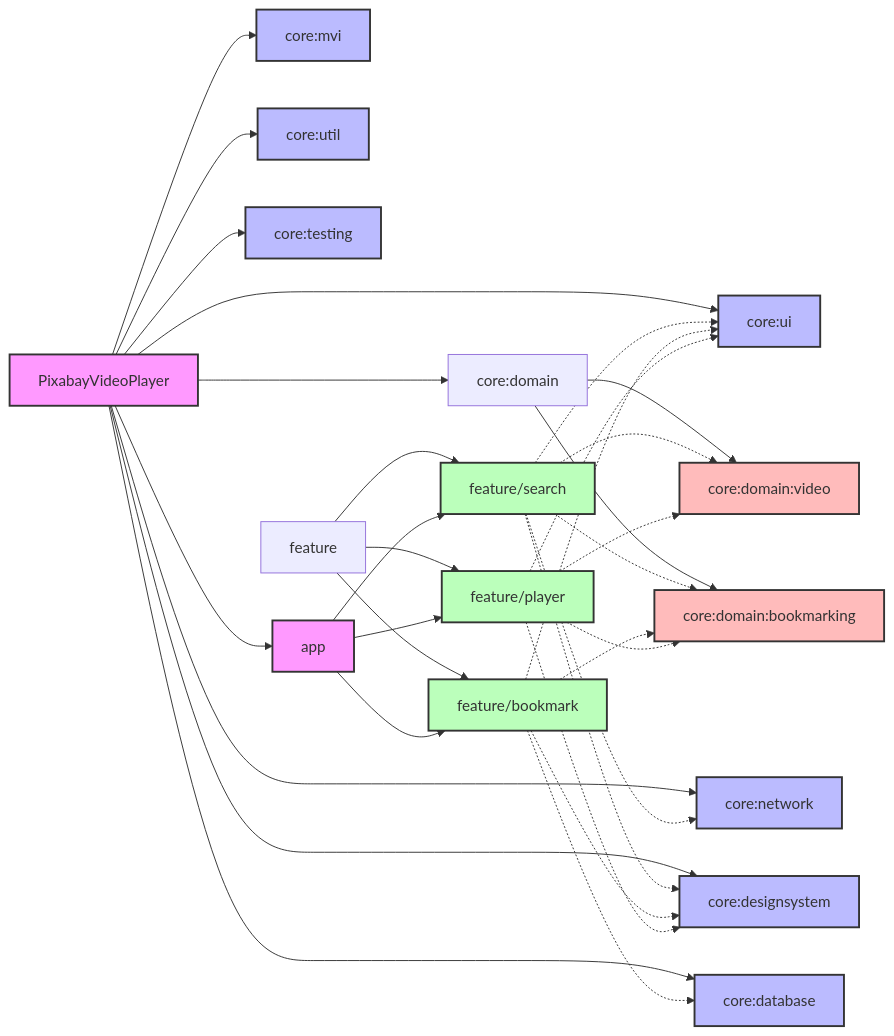
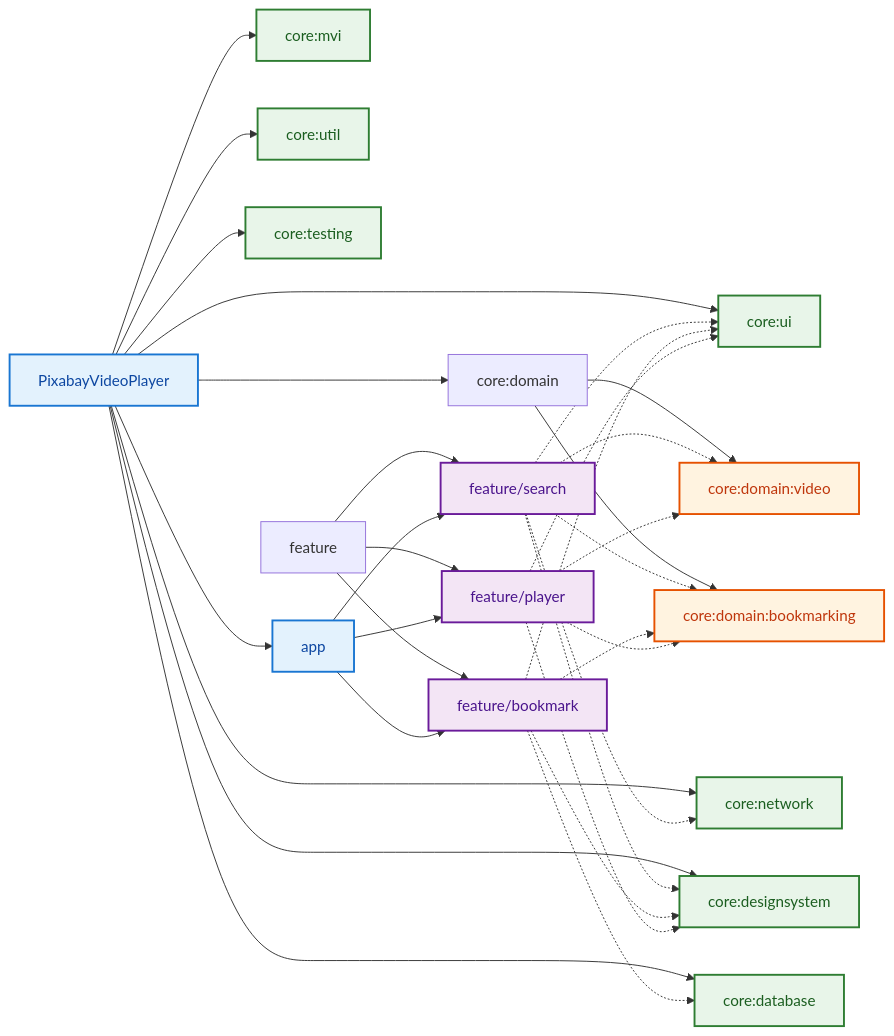
One commit to mohamadAliMotlagh/PixabayVideoPlayer changed the diagram in README.md. Above: the diagram before and after it, drawn with Mermaid.

Commit message:
update marmaid diagram

````diff
--- a/README.md
+++ b/README.md
@@ -40,81 +40,81 @@
 ```mermaid
 graph LR
     %% Main Project
     Root[PixabayVideoPlayer]
     
     %% Core Modules
     CoreUI[core:ui]
     CoreDomain[core:domain]
     CoreNetwork[core:network]
     CoreDB[core:database]
     CoreDesign[core:designsystem]
     CoreMVI[core:mvi]
     CoreUtil[core:util]
     CoreTest[core:testing]
     
     %% Core Domain Modules
     DomainBookmark[core:domain:bookmarking]
     DomainVideo[core:domain:video]
     
     %% Feature Directories
     Feature[feature]
     Search[feature/search]
     Bookmark[feature/bookmark]
     Player[feature/player]
     
     %% App Module
     App[app]
     
     %% Dependencies with spacing
     Root --> App
     Root --> CoreUI
     Root --> CoreDomain
     Root --> CoreNetwork
     Root --> CoreDB
     Root --> CoreDesign
     Root --> CoreMVI
     Root --> CoreUtil
     Root --> CoreTest
     
     %% Core Domain Module Dependencies
     CoreDomain --> DomainBookmark
     CoreDomain --> DomainVideo
     
     %% Feature Directory Structure with spacing
     Feature --> Search
     Feature --> Bookmark
     Feature --> Player
     
     %% App Dependencies with spacing
     App --> Search
     App --> Bookmark
     App --> Player
     
     %% Feature Module Dependencies with spacing
     Search -.-> CoreUI
     Search -.-> DomainVideo
     Search -.-> DomainBookmark
     Search -.-> CoreNetwork
     Search -.-> CoreDesign
     
     Bookmark -.-> CoreUI
     Bookmark -.-> DomainBookmark
     Bookmark -.-> CoreDB
     Bookmark -.-> CoreDesign
     
     Player -.-> CoreUI
     Player -.-> DomainVideo
     Player -.-> DomainBookmark
     Player -.-> CoreDesign
     
     %% Style
-    classDef module fill:#f9f,stroke:#333,stroke-width:2px
-    classDef core fill:#bbf,stroke:#333,stroke-width:2px
-    classDef domain fill:#fbb,stroke:#333,stroke-width:2px
-    classDef feature fill:#bfb,stroke:#333,stroke-width:2px
+    classDef module fill:#E3F2FD,stroke:#1976D2,stroke-width:2px,color:#0D47A1
+    classDef core fill:#E8F5E9,stroke:#2E7D32,stroke-width:2px,color:#1B5E20
+    classDef domain fill:#FFF3E0,stroke:#E65100,stroke-width:2px,color:#BF360C
+    classDef feature fill:#F3E5F5,stroke:#6A1B9A,stroke-width:2px,color:#4A148C
     
     class Root,App module
     class CoreUI,CoreNetwork,CoreDB,CoreDesign,CoreMVI,CoreUtil,CoreTest core
     class DomainBookmark,DomainVideo domain
     class Search,Bookmark,Player feature
 ```
````
